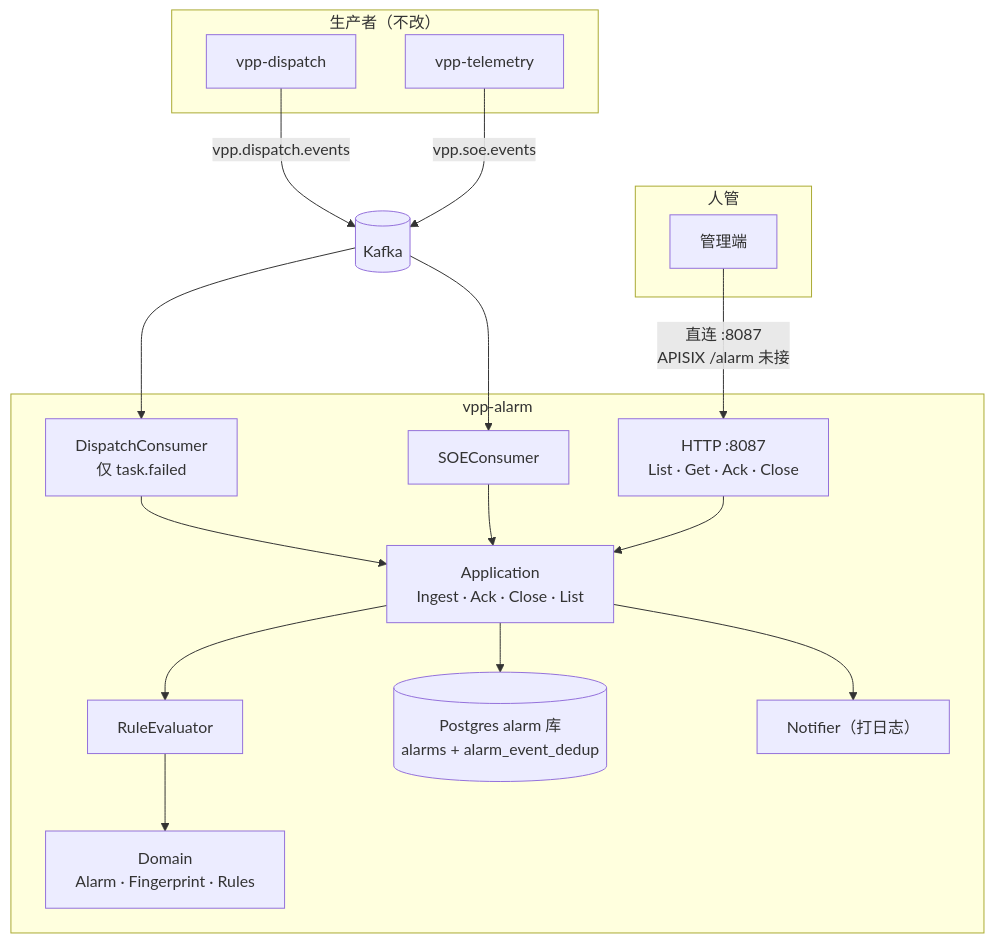
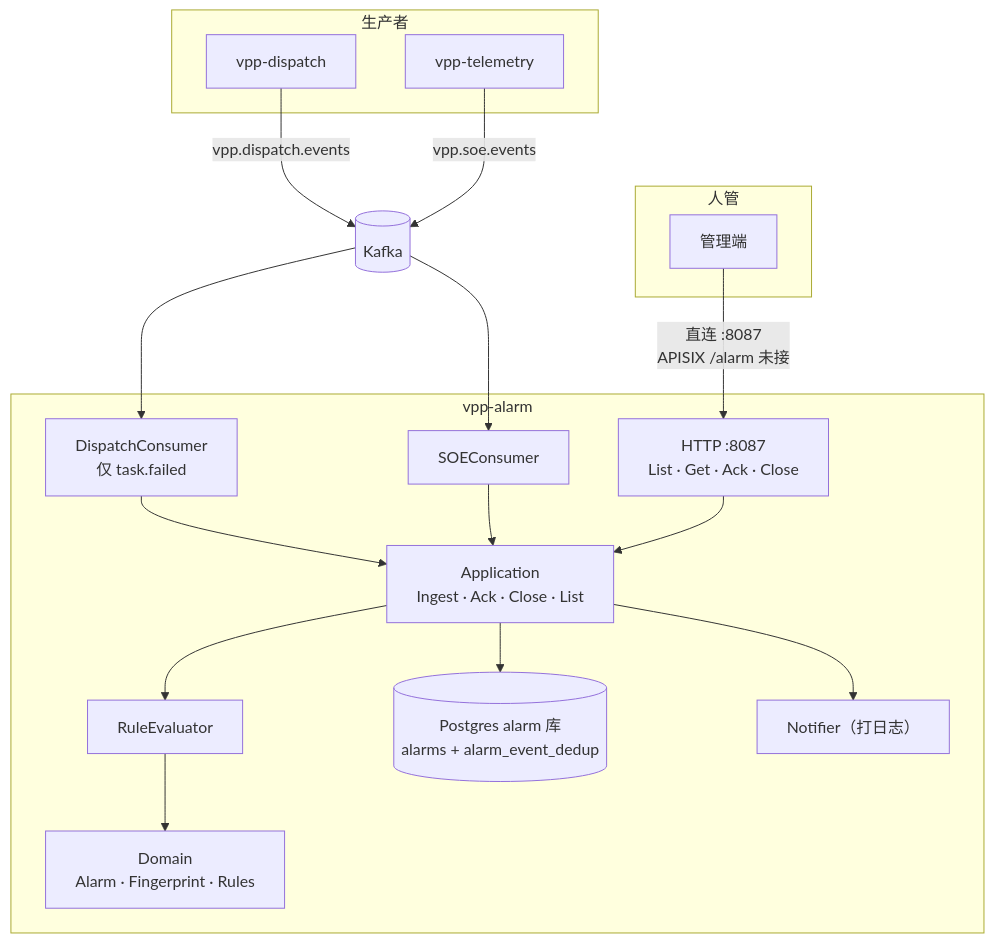
Before and after one commit to mushroomyuan/vpp-backend: the first of 2 diagrams in internal/alarm/OVERVIEW.md, drawn with Mermaid. The commit also changed other lines of this file and 110 other files, not shown here.

````diff
--- a/internal/alarm/OVERVIEW.md
+++ b/internal/alarm/OVERVIEW.md
@@ -48,37 +48,37 @@
 ```mermaid
 flowchart TB
-    subgraph Producers["生产者（不改）"]
+    subgraph Producers["生产者"]
         Dis["vpp-dispatch"]
         Tel["vpp-telemetry"]
     end
 
     subgraph Alarm["vpp-alarm"]
         HTTP["HTTP :8087<br/>List · Get · Ack · Close"]
         DispC["DispatchConsumer<br/>仅 task.failed"]
         SOEC["SOEConsumer"]
         App["Application<br/>Ingest · Ack · Close · List"]
         Dom["Domain<br/>Alarm · Fingerprint · Rules"]
         Eval["RuleEvaluator"]
         PG[("Postgres alarm 库<br/>alarms + alarm_event_dedup")]
         Log["Notifier（打日志）"]
     end
 
     subgraph Ops["人管"]
         Admin["管理端"]
     end
 
     Kafka[("Kafka")]
 
     Dis -->|vpp.dispatch.events| Kafka
     Tel -->|vpp.soe.events| Kafka
     Kafka --> DispC
     Kafka --> SOEC
     DispC --> App
     SOEC --> App
     Admin -->|直连 :8087<br/>APISIX /alarm 未接| HTTP
     HTTP --> App
     App --> Eval
     Eval --> Dom
     App --> PG
     App --> Log
 ```
````
